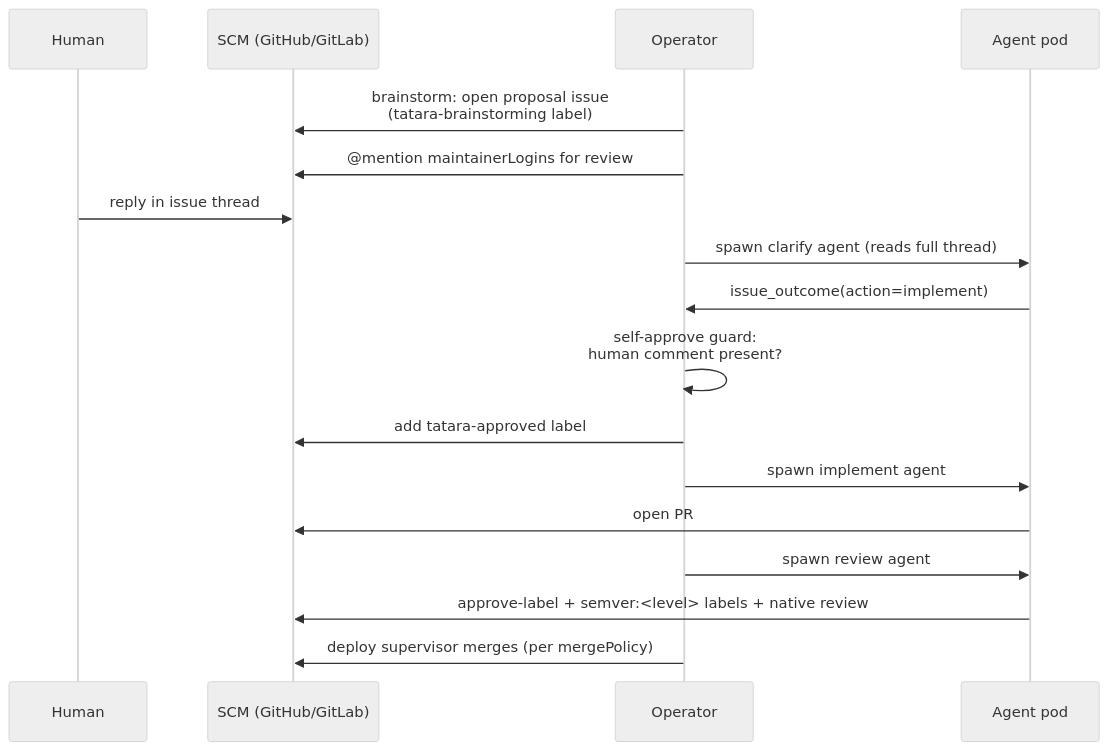
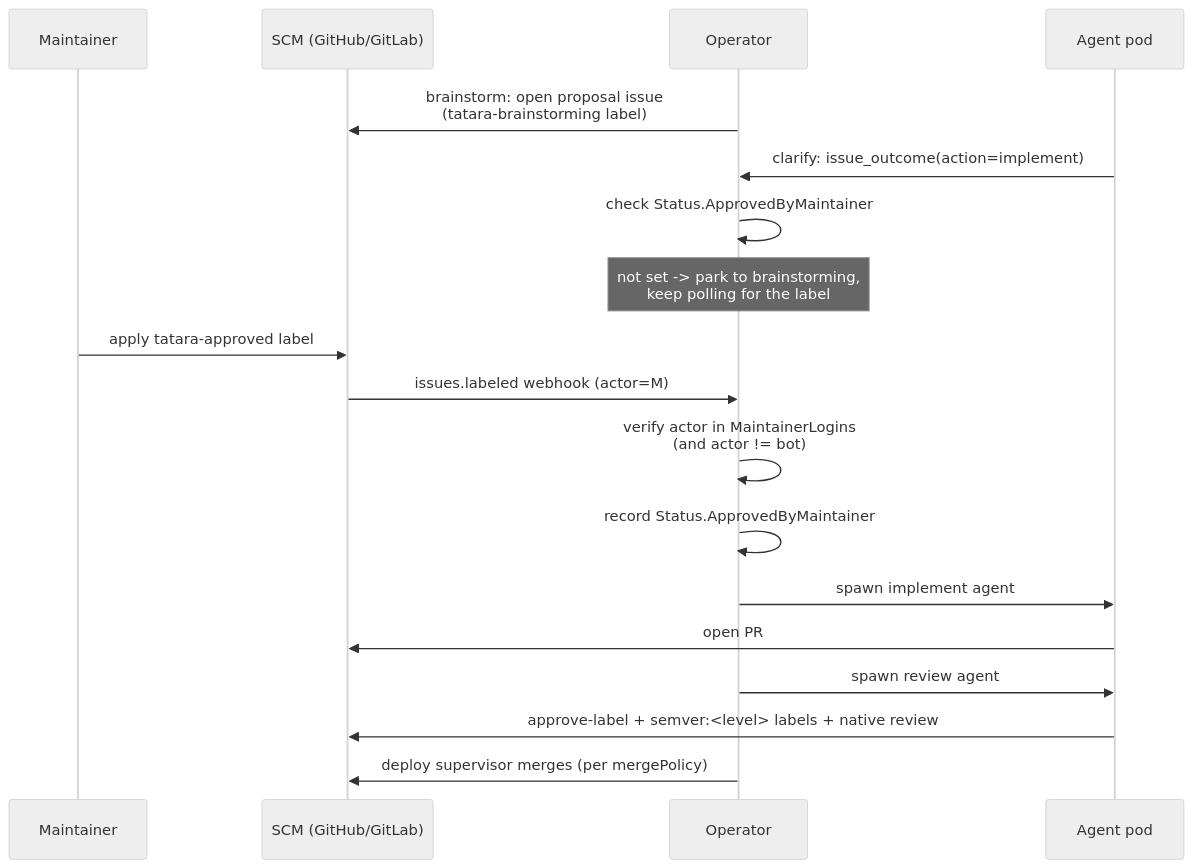
The first of 2 diagrams in docs/operations/security/approval-gates.md (szymonrychu/tatara-documentation), drawn with Mermaid (neutral theme) before and after one commit. The commit also changed other lines of this file and 17 other files, not shown here.

````diff
--- a/docs/operations/security/approval-gates.md
+++ b/docs/operations/security/approval-gates.md
@@ -16,20 +17,21 @@
 ```mermaid
 sequenceDiagram
-    participant H as Human
+    participant M as Maintainer
     participant SCM as SCM (GitHub/GitLab)
     participant OP as Operator
     participant AG as Agent pod
 
     OP->>SCM: brainstorm: open proposal issue<br/>(tatara-brainstorming label)
-    OP->>SCM: @mention maintainerLogins for review
-    H->>SCM: reply in issue thread
-    OP->>AG: spawn clarify agent (reads full thread)
-    AG->>OP: issue_outcome(action=implement)
-    OP->>OP: self-approve guard:<br/>human comment present?
-    OP->>SCM: add tatara-approved label
+    AG->>OP: clarify: issue_outcome(action=implement)
+    OP->>OP: check Status.ApprovedByMaintainer
+    Note over OP: not set -> park to brainstorming,<br/>keep polling for the label
+    M->>SCM: apply tatara-approved label
+    SCM->>OP: issues.labeled webhook (actor=M)
+    OP->>OP: verify actor in MaintainerLogins<br/>(and actor != bot)
+    OP->>OP: record Status.ApprovedByMaintainer
     OP->>AG: spawn implement agent
     AG->>SCM: open PR
     OP->>AG: spawn review agent
     AG->>SCM: approve-label + semver:<level> labels + native review
     OP->>SCM: deploy supervisor merges (per mergePolicy)
 ```
````
